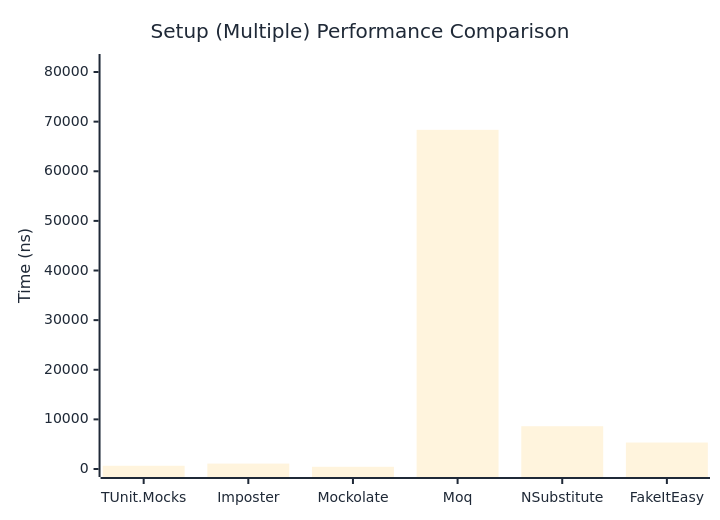
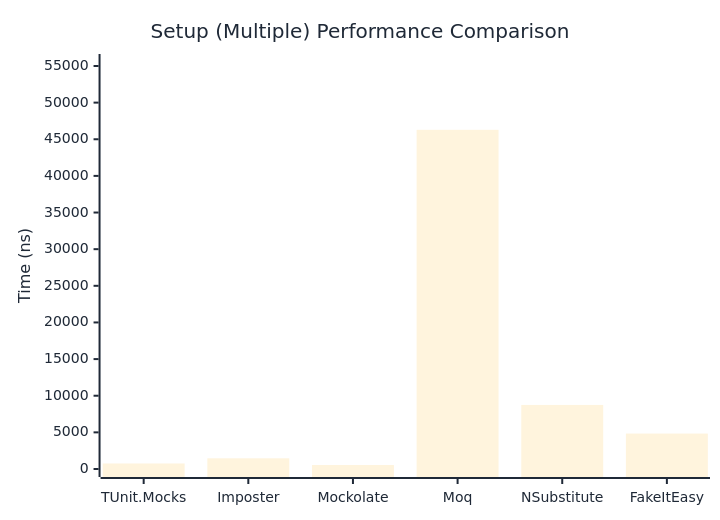
One commit to thomhurst/TUnit changed the second of 2 diagrams in docs/docs/benchmarks/mocks/Setup.md. Above: the diagram before and after it, drawn with Mermaid. The commit also changed other lines of this file and 14 other files, not shown here.

````diff
--- a/docs/docs/benchmarks/mocks/Setup.md
+++ b/docs/docs/benchmarks/mocks/Setup.md
@@ -71,27 +71,27 @@
 ```mermaid
 %%{init: {
   'theme':'base',
   'themeVariables': {
     'primaryColor': '#2563eb',
     'primaryTextColor': '#1f2937',
     'primaryBorderColor': '#1e40af',
     'lineColor': '#6b7280',
     'secondaryColor': '#7c3aed',
     'tertiaryColor': '#dc2626',
     'background': '#ffffff',
     'pie1': '#2563eb',
     'pie2': '#7c3aed',
     'pie3': '#dc2626',
     'pie4': '#f59e0b',
     'pie5': '#10b981',
     'pie6': '#06b6d4',
     'pie7': '#ec4899',
     'pie8': '#6366f1'
   }
 }}%%
 xychart-beta
   title "Setup (Multiple) Performance Comparison"
   x-axis ["TUnit.Mocks", "Imposter", "Mockolate", "Moq", "NSubstitute", "FakeItEasy"]
-  y-axis "Time (ns)" 0 --> 82020
-  bar [654, 1091.6, 445.7, 68349.3, 8620.8, 5334.7]
+  y-axis "Time (ns)" 0 --> 55543
+  bar [755, 1459.6, 544.2, 46285.8, 8741.8, 4836]
 ```
````
